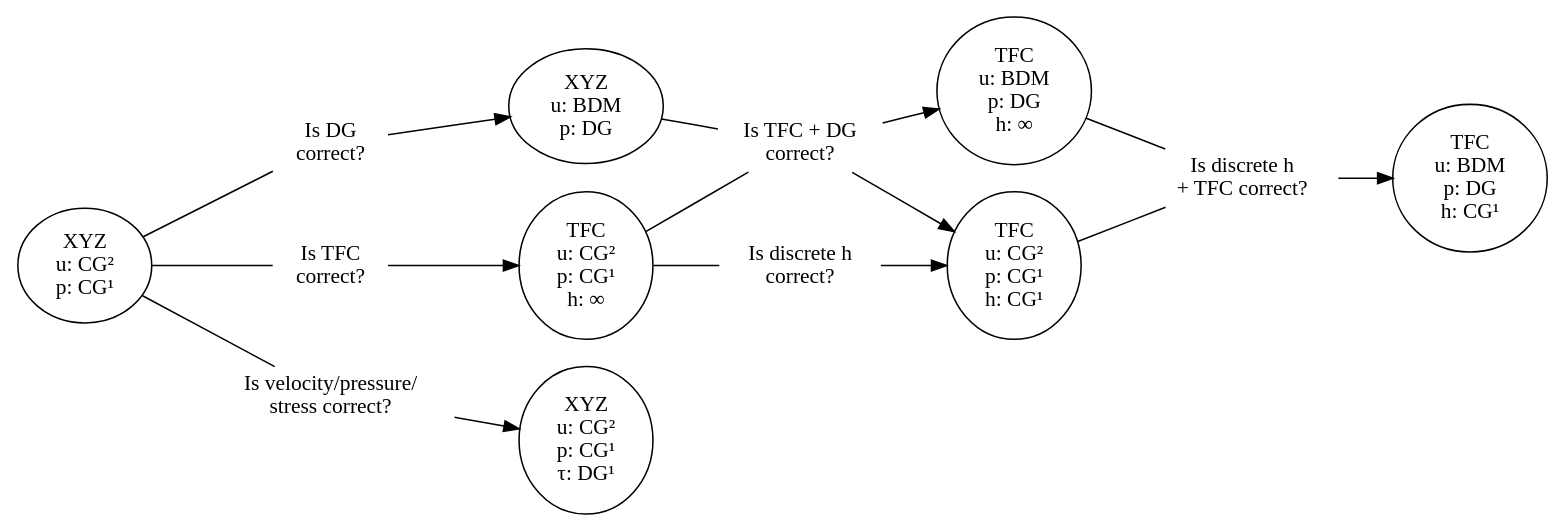
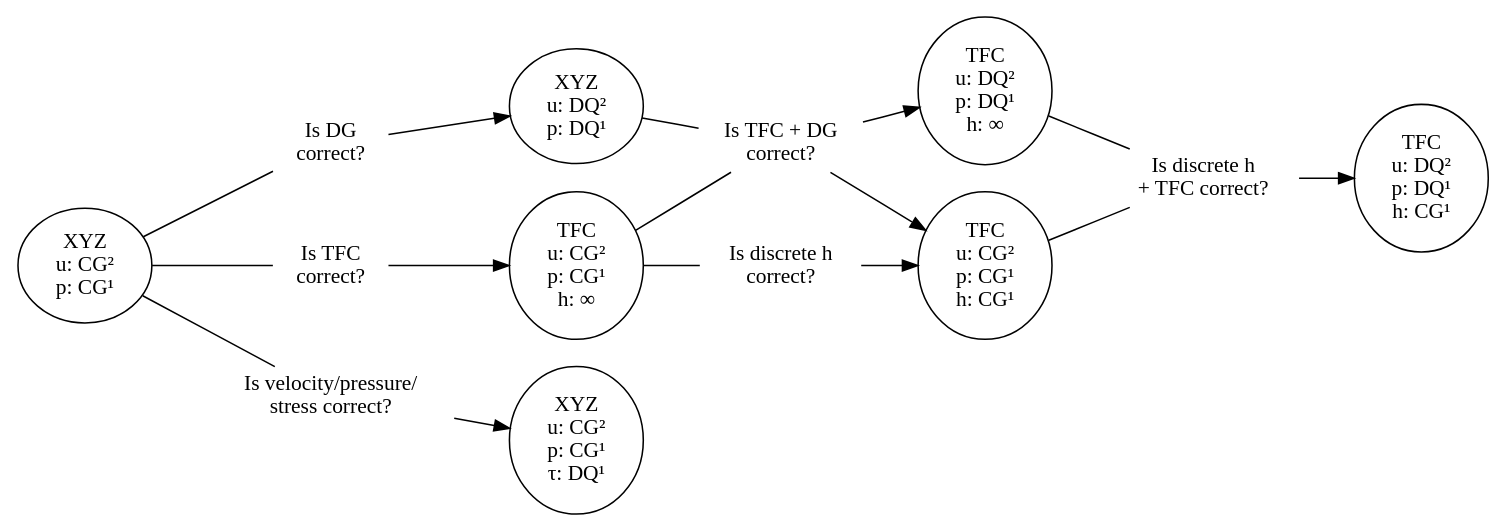
One commit to icepack/terrain-following-stokes changed the diagram in demo/testing/flowchart.gv. Above: the diagram before and after it, drawn with Graphviz. The commit also changed 2 other files, not shown here.

```diff
--- a/demo/testing/flowchart.gv
+++ b/demo/testing/flowchart.gv
@@ -1,28 +1,28 @@
 digraph testsuite {
     rankdir=LR;
     ground_truth [label="XYZ\nu: CG²\np: CG¹"];
-    xyz_dg [label="XYZ\nu: BDM\np: DG"];
+    xyz_dg [label="XYZ\nu: DQ²\np: DQ¹"];
     tfc_cg [label="TFC\nu: CG²\np: CG¹\nh: ∞"];
-    tfc_dg [label="TFC\nu: BDM\np: DG\nh: ∞"];
+    tfc_dg [label="TFC\nu: DQ²\np: DQ¹\nh: ∞"];
     tfc_discrete_h [label="TFC\nu: CG²\np: CG¹\nh: CG¹"];
-    tfc_dg_discrete_h [label="TFC\nu: BDM\np: DG\nh: CG¹"];
-    xyz_vps [label="XYZ\nu: CG²\np: CG¹\nτ: DG¹"]
+    tfc_dg_discrete_h [label="TFC\nu: DQ²\np: DQ¹\nh: CG¹"];
+    xyz_vps [label="XYZ\nu: CG²\np: CG¹\nτ: DQ¹"]
 
 
     dg_correct [shape=none, label="Is DG\ncorrect?"];
     tfc_correct [shape=none, label="Is TFC\ncorrect?"];
     tfc_dg_correct [shape=none, label="Is TFC + DG\ncorrect?"];
     discrete_h_correct [shape=none, label="Is discrete h\ncorrect?"];
     tfc_discrete_h_correct [shape=none, label="Is discrete h\n+ TFC correct?"];
     vps_correct [shape=none, label="Is velocity/pressure/\nstress correct?"];
 
     ground_truth -> dg_correct [arrowhead=none]; dg_correct -> xyz_dg;
     ground_truth -> tfc_correct [arrowhead=none]; tfc_correct -> tfc_cg;
     tfc_cg -> tfc_dg_correct [arrowhead=none];
     xyz_dg -> tfc_dg_correct [arrowhead=none]; tfc_dg_correct -> tfc_dg;
     tfc_dg_correct -> tfc_discrete_h;
     tfc_cg -> discrete_h_correct [arrowhead=none]; discrete_h_correct -> tfc_discrete_h;
     tfc_dg -> tfc_discrete_h_correct [arrowhead=none]; tfc_discrete_h_correct -> tfc_dg_discrete_h;
     tfc_discrete_h -> tfc_discrete_h_correct [arrowhead=none];
     ground_truth -> vps_correct [arrowhead=none]; vps_correct -> xyz_vps;
 }
```
